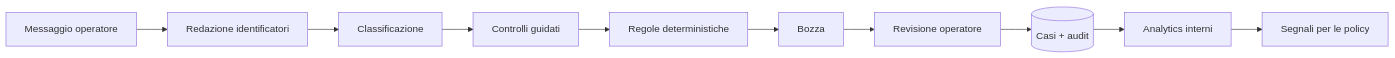
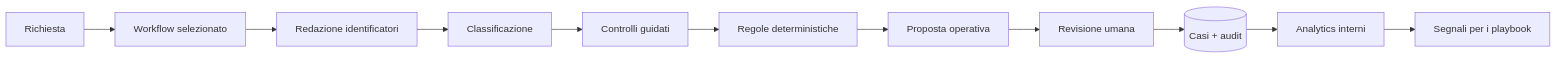
One commit to lore707/customer-return-agent-prototype changed the diagram in README.md. Above: the diagram before and after it, drawn with Mermaid. The commit also changed other lines of this file and 17 other files, not shown here.

````diff
--- a/README.md
+++ b/README.md
@@ -88,12 +104,13 @@
 ```mermaid
 flowchart LR
-    Message[Messaggio operatore] --> Redaction[Redazione identificatori]
+    Request[Richiesta] --> Workflow[Workflow selezionato]
+    Workflow --> Redaction[Redazione identificatori]
     Redaction --> Intent[Classificazione]
     Intent --> Facts[Controlli guidati]
-    Facts --> Rules[Regole deterministiche]
-    Rules --> Draft[Bozza]
-    Draft --> Human[Revisione operatore]
+    Facts --> Playbook[Regole deterministiche]
+    Playbook --> Proposal[Proposta operativa]
+    Proposal --> Human[Revisione umana]
     Human --> Cases[(Casi + audit)]
     Cases --> Analytics[Analytics interni]
-    Analytics --> Policies[Segnali per le policy]
+    Analytics --> Playbooks[Segnali per i playbook]
 ```
````
